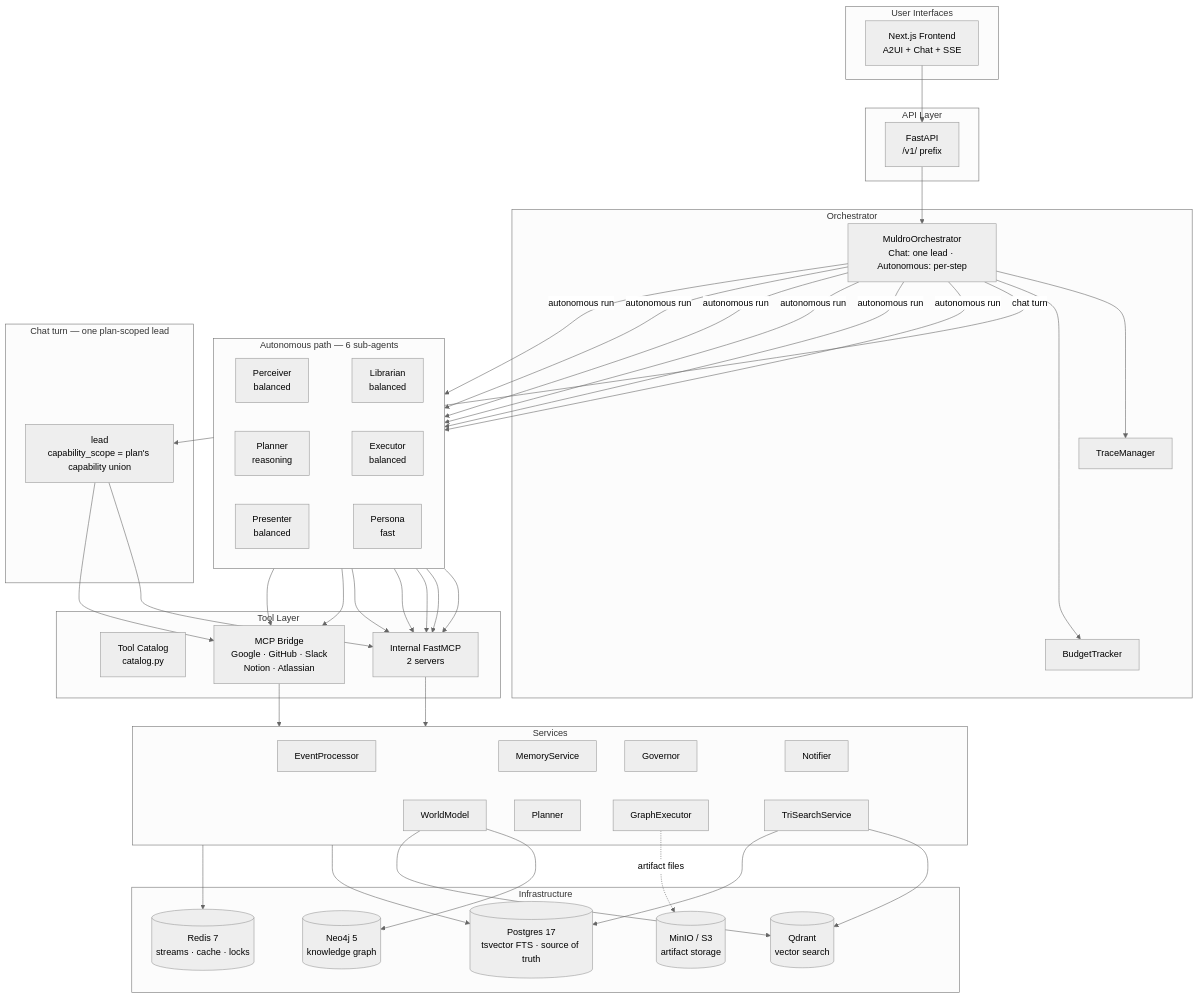
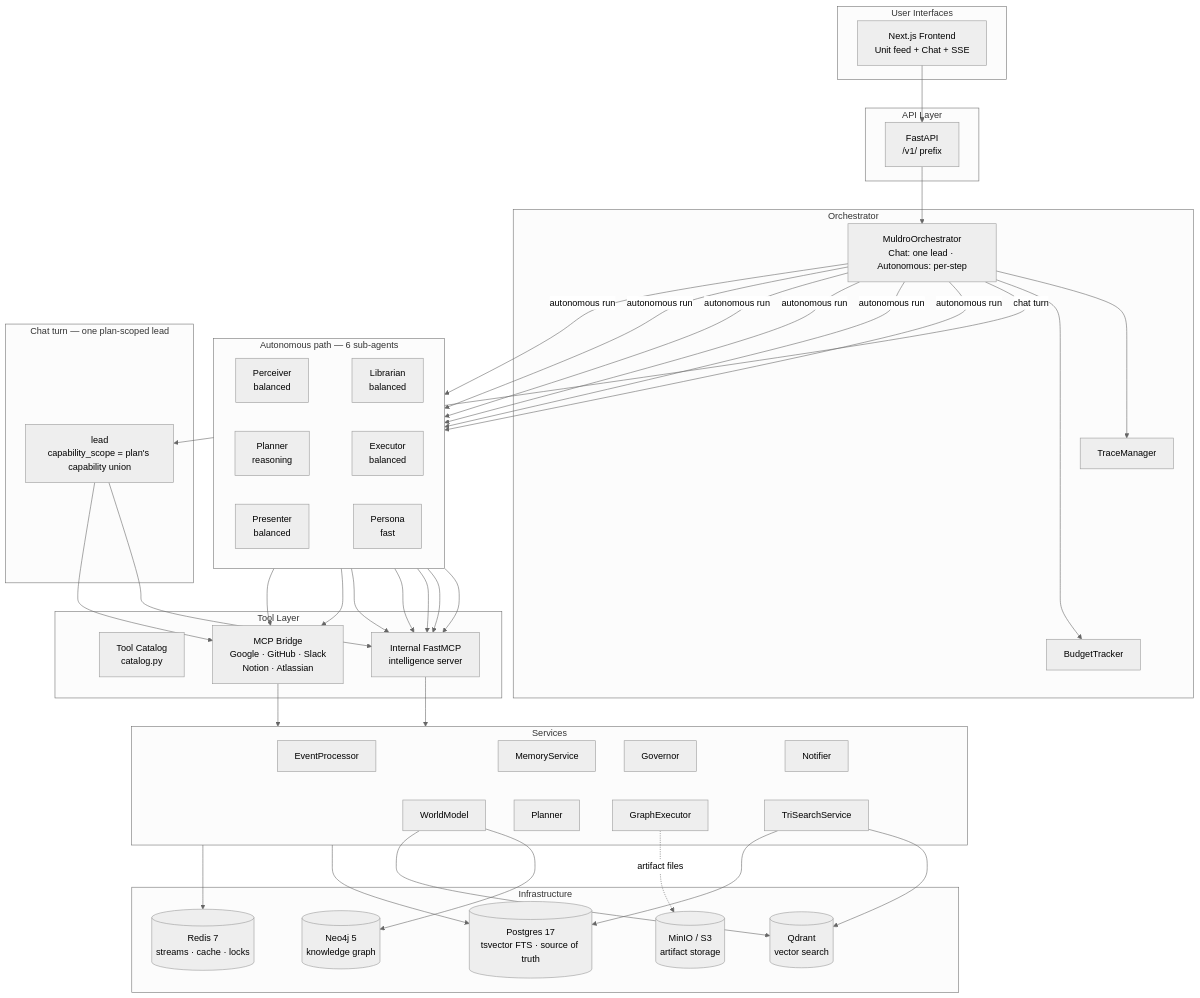
The diagram in README.md (shivadharmi/muldro), drawn with Mermaid (neutral theme) before and after one commit. The commit also changed other lines of this file and 15 other files, not shown here.

````diff
--- a/README.md
+++ b/README.md
@@ -13,62 +13,62 @@
 ```mermaid
 graph TB
     subgraph UI["User Interfaces"]
-        WEB[Next.js Frontend<br/>A2UI + Chat + SSE]
+        WEB[Next.js Frontend<br/>Unit feed + Chat + SSE]
     end
 
     subgraph API["API Layer"]
         FA[FastAPI<br/>/v1/ prefix]
     end
 
     subgraph ORCH["Orchestrator"]
         JO[MuldroOrchestrator<br/>Chat: one lead · Autonomous: per-step]
         TR[TraceManager] ~~~ BU[BudgetTracker]
     end
 
     subgraph LEAD["Chat turn — one plan-scoped lead"]
         LD["lead<br/>capability_scope = plan's capability union"]
     end
 
     subgraph AGENTS["Autonomous path — 6 sub-agents"]
         direction LR
         PCV[Perceiver<br/>balanced] ~~~ LIB[Librarian<br/>balanced]
         PLN[Planner<br/>reasoning] ~~~ EXE[Executor<br/>balanced]
         PRS[Presenter<br/>balanced] ~~~ PER[Persona<br/>fast]
     end
 
     subgraph TOOLS["Tool Layer"]
         CAT[Tool Catalog<br/>catalog.py]
-        INT[Internal FastMCP<br/>2 servers]
+        INT[Internal FastMCP<br/>intelligence server]
         MCP[MCP Bridge<br/>Google · GitHub · Slack<br/>Notion · Atlassian]
     end
 
     subgraph SVC["Services"]
         EP[EventProcessor] ~~~ WM[WorldModel]
         MS[MemoryService] ~~~ PL[Planner]
         GV[Governor] ~~~ GE[GraphExecutor]
         NT[Notifier] ~~~ TS[TriSearchService]
     end
 
     subgraph INFRA["Infrastructure"]
         PG[(Postgres 17<br/>tsvector FTS · source of truth)]
         RD[(Redis 7<br/>streams · cache · locks)]
         QD[(Qdrant<br/>vector search)]
         N4J[(Neo4j 5<br/>knowledge graph)]
         S3[(MinIO / S3<br/>artifact storage)]
     end
 
     WEB --> FA
     FA --> JO
     JO --> TR & BU
     JO -->|chat turn| LD
     JO -->|autonomous run| PCV & LIB & PLN & EXE & PRS & PER
     LD --> INT & MCP
     PCV & LIB & PLN & EXE & PRS --> INT
     EXE & PCV --> MCP
     INT --> SVC
     MCP --> SVC
     SVC --> PG & RD
     TS --> QD & PG
     WM --> N4J & QD
     GE -.->|artifact files| S3
 ```
````
